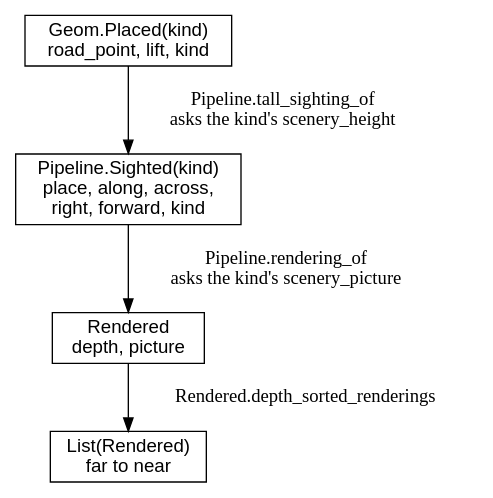
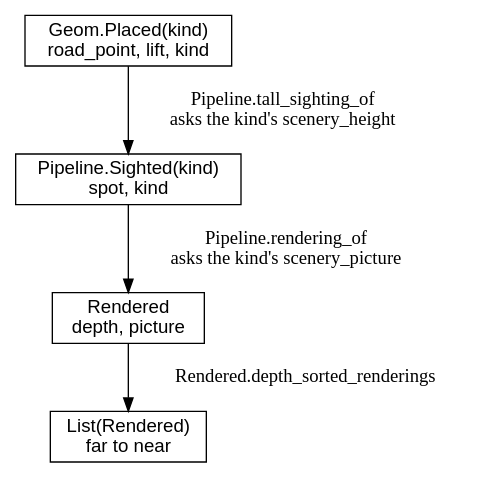
The sixth of 34 diagrams in canvas_apps/safari/tutorial/tutorial.md (showell/roc-apps), drawn with Graphviz before and after one commit. The commit also changed other lines of this file, not shown here.

````diff
--- a/canvas_apps/safari/tutorial/tutorial.md
+++ b/canvas_apps/safari/tutorial/tutorial.md
@@ -385,12 +386,12 @@
 ```dot
 digraph forms {
   node [shape=box, fontname="Helvetica"];
   placed [label="Geom.Placed(kind)\nroad_point, lift, kind"];
-  sighted [label="Pipeline.Sighted(kind)\nplace, along, across,\nright, forward, kind"];
+  sighted [label="Pipeline.Sighted(kind)\nspot, kind"];
   rendered [label="Rendered\ndepth, picture"];
   sorted [label="List(Rendered)\nfar to near"];
   placed -> sighted [label="  Pipeline.tall_sighting_of\n  asks the kind's scenery_height"];
   sighted -> rendered [label="  Pipeline.rendering_of\n  asks the kind's scenery_picture"];
   rendered -> sorted [label="  Rendered.depth_sorted_renderings"];
 }
 ```
````
